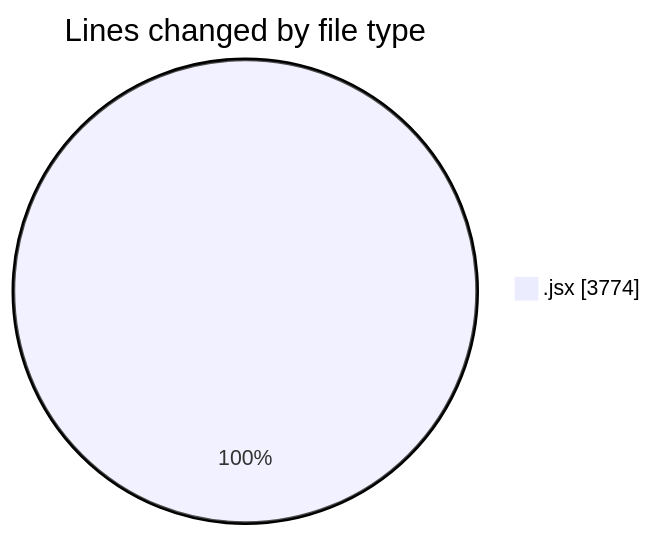
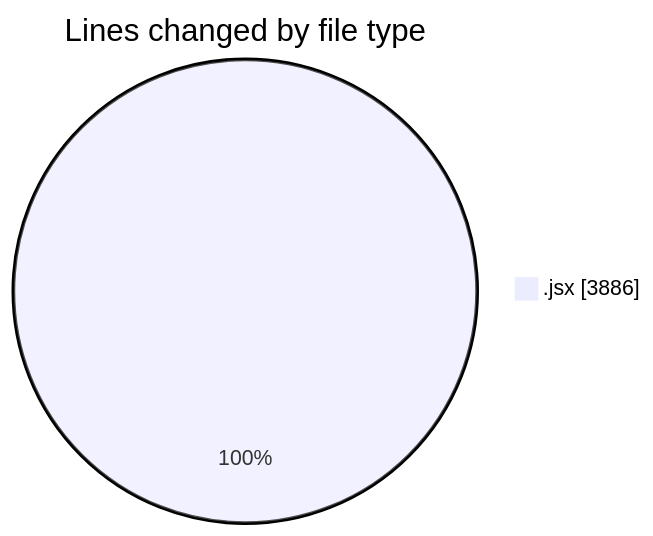
Before and after one commit to nxtqubesakshisongat/code-tracking: the first of 2 diagrams in 2025-09-25/nxtqube_webapp/README.md, drawn with Mermaid. The commit also changed other lines of this file and 1 other file, not shown here.

````diff
--- a/2025-09-25/nxtqube_webapp/README.md
+++ b/2025-09-25/nxtqube_webapp/README.md
@@ -21,5 +21,5 @@
 ```mermaid
 pie showData
 title Lines changed by file type
-".jsx" : 3774
+".jsx" : 3886
 ```
````
